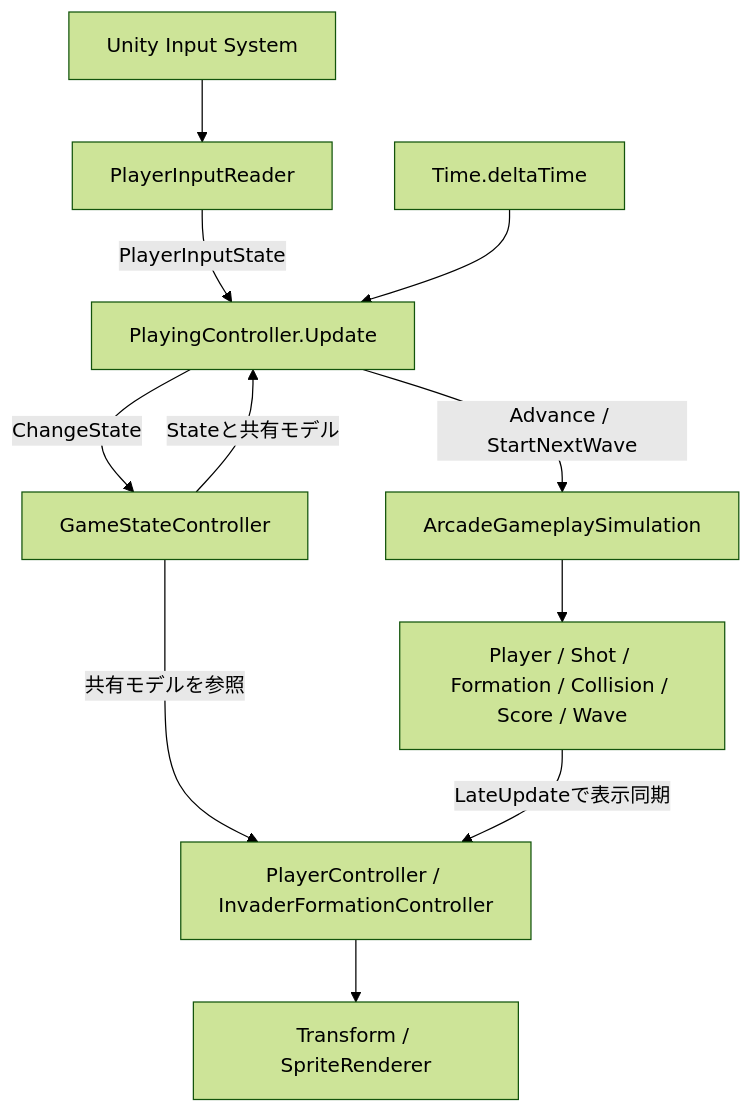
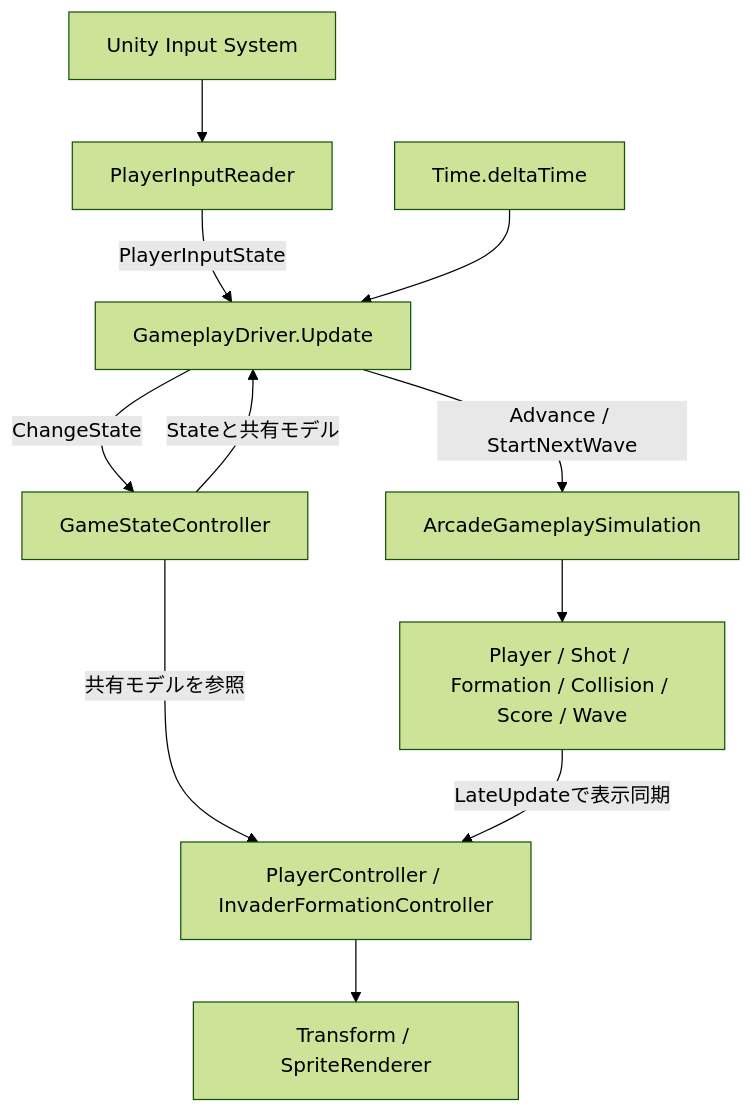
The diagram in docs/ARCHITECTURE.md (urahimono/Unity_Invader), drawn with Mermaid (forest theme) before and after one commit. The commit also changed other lines of this file and 9 other files, not shown here.

````diff
--- a/docs/ARCHITECTURE.md
+++ b/docs/ARCHITECTURE.md
@@ -41,13 +41,13 @@
 ```mermaid
 flowchart TD
     Input[Unity Input System] --> Reader[PlayerInputReader]
-    Reader -->|PlayerInputState| Driver[PlayingController.Update]
+    Reader -->|PlayerInputState| Driver[GameplayDriver.Update]
     Time[Time.deltaTime] --> Driver
     State[GameStateController] -->|Stateと共有モデル| Driver
     Driver -->|Advance / StartNextWave| Sim[ArcadeGameplaySimulation]
     Driver -->|ChangeState| State
     Sim --> Models[Player / Shot / Formation / Collision / Score / Wave]
     State -->|共有モデルを参照| Views[PlayerController / InvaderFormationController]
     Models -->|LateUpdateで表示同期| Views
     Views --> Output[Transform / SpriteRenderer]
 ```
````
